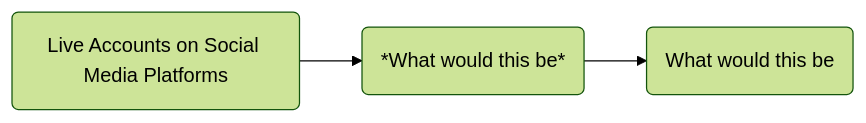
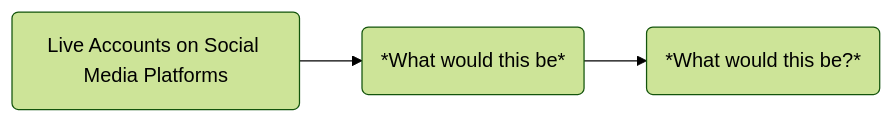
Before and after one commit to KateR14/CLOSER_KR: diagram 13 of 15 in basic-unit1.1/  what-is-data.md, drawn with Mermaid (forest theme). The commit also changed other lines of this file, not shown here.

````diff
--- a/basic-unit1.1/  what-is-data.md
+++ b/basic-unit1.1/  what-is-data.md
@@ -304,7 +296,7 @@
 ``` mermaid
 
 flowchart LR
     smp(Live Accounts on Social Media Platforms) --> Q(*What would this be*)
-    Q --> Q2(What would this be)
+    Q --> Q2(*What would this be?*)
 
 ```
````
